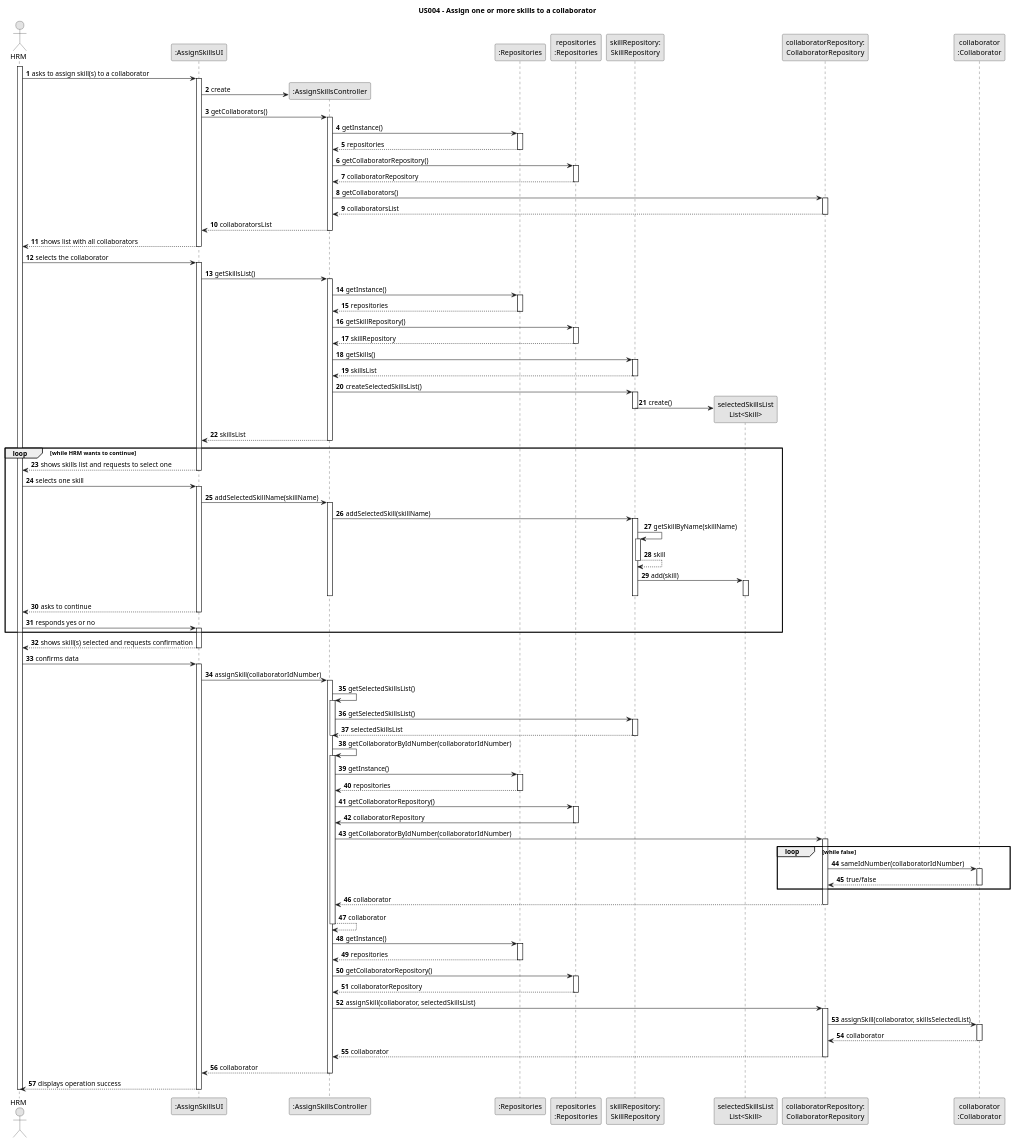
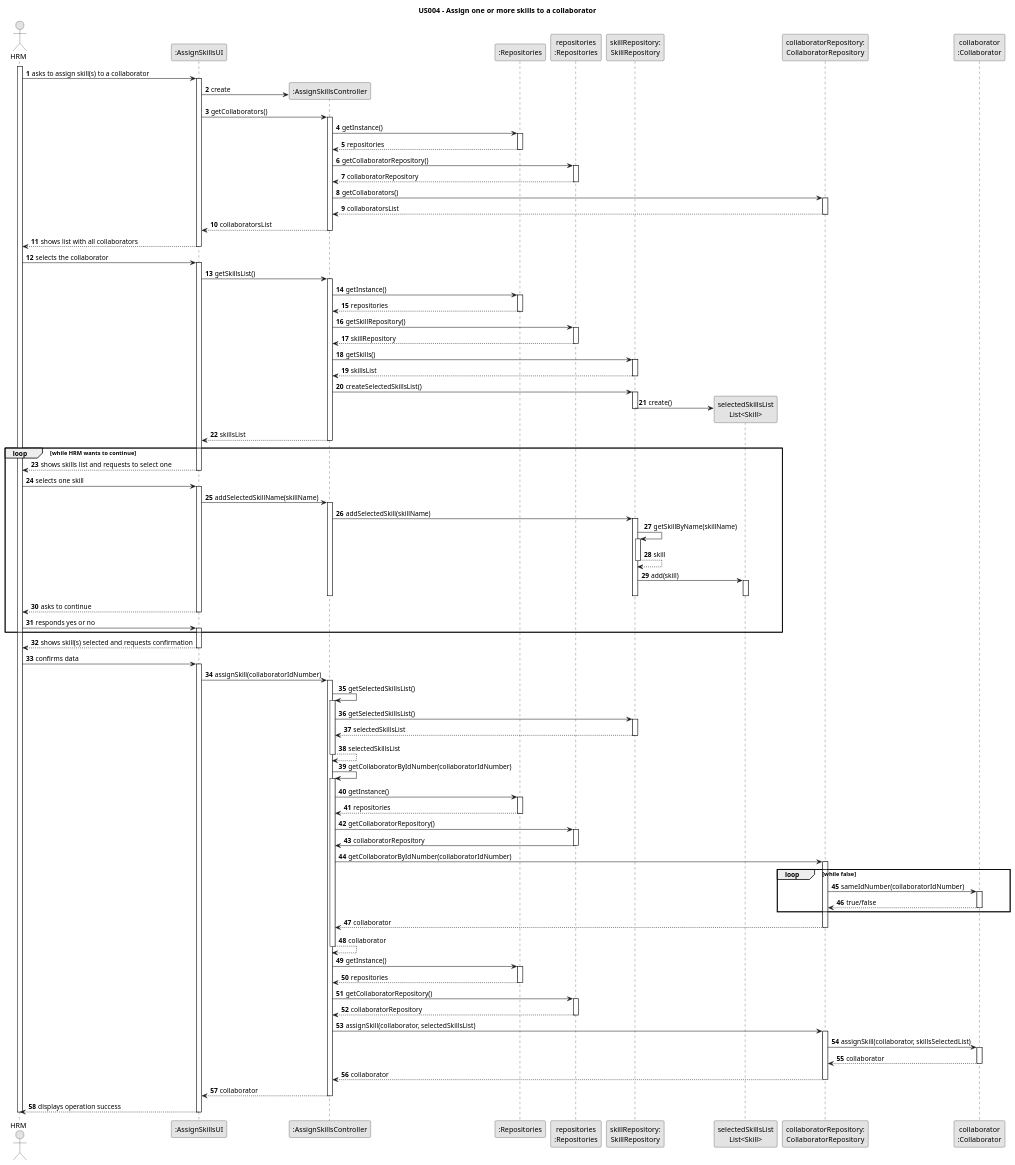
One commit to Departamento-de-Engenharia-Informatica/lei-24-s2-1dm-g132 changed the diagram in docs/sprintB/us004/03.design/puml/us004-sequence-diagram-full.puml. Above: the diagram before and after it, drawn with PlantUML. The commit also changed 10 other files, not shown here.

Commit message:
US05 sequence diagrams update

```diff
--- a/docs/sprintB/us004/03.design/puml/us004-sequence-diagram-full.puml
+++ b/docs/sprintB/us004/03.design/puml/us004-sequence-diagram-full.puml
@@ -138,6 +138,8 @@
 
     SkillRepository --> CTRL : selectedSkillsList
     deactivate SkillRepository
+
+    CTRL --> CTRL : selectedSkillsList
     deactivate CTRL
 
         CTRL -> CTRL : getCollaboratorByIdNumber(collaboratorIdNumber)
```
